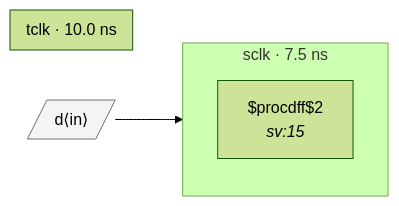
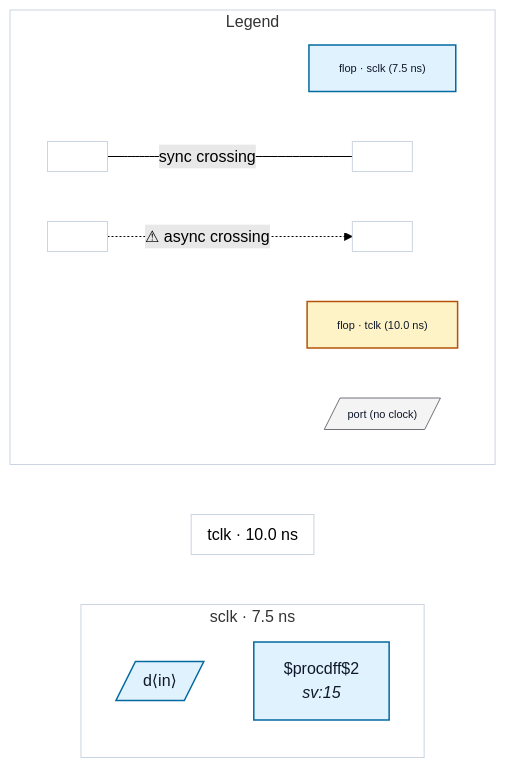
One commit to rtl-buddy/rtl-buddy-cdc changed the diagram in tests/fixtures/good_unconstrained_input_muxed_clock_typed/README.md. Above: the diagram before and after it, drawn with Mermaid (forest theme). The commit also changed 71 other files, not shown here.

First line of the commit message:
Refresh fixture READMEs + render iterations (colors, legend, nested ports, clock-net edges)

````diff
--- a/tests/fixtures/good_unconstrained_input_muxed_clock_typed/README.md
+++ b/tests/fixtures/good_unconstrained_input_muxed_clock_typed/README.md
@@ -16,14 +16,38 @@
 ```mermaid
 %% good_unconstrained_input_muxed_clock_typed — generated by rtl-buddy-cdc render
 flowchart LR
   subgraph clk_sclk["sclk · 7.5 ns"]
     direction TB
-    f_8f94234c["$procdff$2<br/><i>sv:15</i>"]
+    p_in_d[/"d⟨in⟩"/]:::ckcls_sclk
+    f_8f94234c["$procdff$2<br/><i>sv:15</i>"]:::ckcls_sclk
   end
   subgraph clk_tclk["tclk · 10.0 ns"]
     direction TB
   end
-  p_in_d[/"d⟨in⟩"/]:::port
-  p_in_d --> f_8f94234c
-  classDef port fill:#f4f4f5,stroke:#71717a
+  subgraph rb_legend["Legend"]
+    direction LR
+    lg_clk_sclk["flop · sclk (7.5 ns)"]:::ckcls_sclk
+    lg_clk_tclk["flop · tclk (10.0 ns)"]:::ckcls_tclk
+    lg_port[/"port (no clock)"/]:::port_unassigned
+    lg_sync_a[" "]:::ckcls_legend_neutral
+    lg_sync_b[" "]:::ckcls_legend_neutral
+    lg_async_a[" "]:::ckcls_legend_neutral
+    lg_async_b[" "]:::ckcls_legend_neutral
+    lg_sync_a --- |"sync crossing"| lg_sync_b
+    lg_async_a -. "⚠ async crossing" .-> lg_async_b
+  end
+  style clk_sclk fill:none,stroke:#cbd5e1
+  style clk_tclk fill:none,stroke:#cbd5e1
+  style rb_legend fill:none,stroke:#cbd5e1
+  style lg_clk_sclk font-size:11px
+  style lg_clk_tclk font-size:11px
+  style lg_port font-size:11px
+  style lg_sync_a font-size:11px
+  style lg_sync_b font-size:11px
+  style lg_async_a font-size:11px
+  style lg_async_b font-size:11px
+  classDef ckcls_sclk fill:#e0f2fe,stroke:#0369a1,stroke-width:1.5px,color:#0f172a
+  classDef ckcls_tclk fill:#fef3c7,stroke:#b45309,stroke-width:1.5px,color:#0f172a
+  classDef port_unassigned fill:#f4f4f5,stroke:#71717a,color:#0f172a
+  classDef ckcls_legend_neutral fill:#ffffff,stroke:#cbd5e1,stroke-width:1px,color:#0f172a
 ```
````
